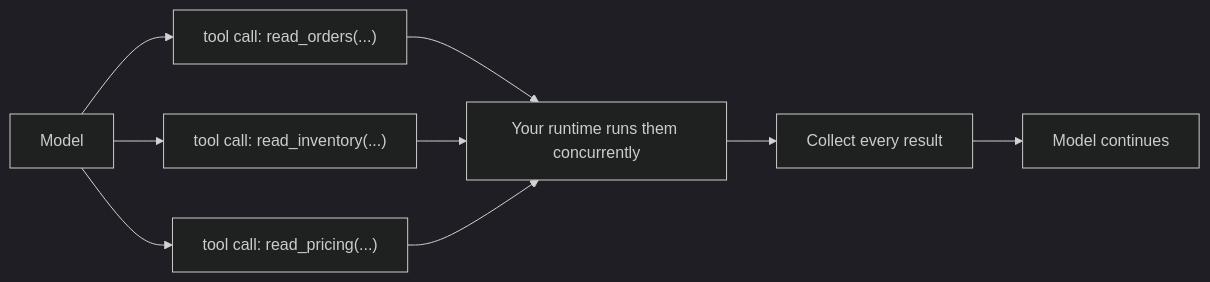
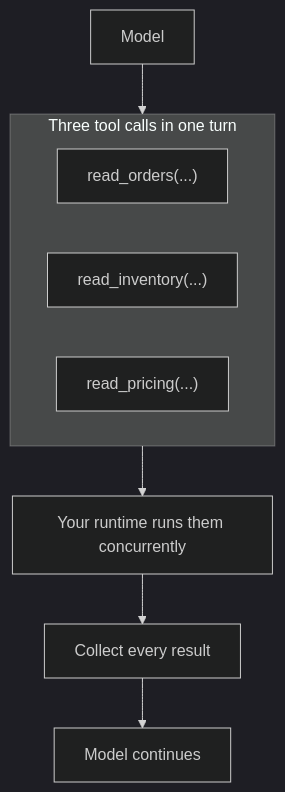
The first of 2 diagrams in docs/part-2-agents/tool-use/deep-dive.md (NikolaiSachok/ai-engineering-handbook), drawn with Mermaid (dark theme) before and after one commit. The commit also changed other lines of this file and 75 other files, not shown here.

First line of the commit message:
fix(diagrams): re-author wide diagrams, and measure the three locales the gate never saw (#441)

````diff
--- a/docs/part-2-agents/tool-use/deep-dive.md
+++ b/docs/part-2-agents/tool-use/deep-dive.md
@@ -35,11 +35,13 @@
 ```mermaid
-flowchart LR
-    M["Model"] --> TC1["tool call: read_orders(...)"]
-    M --> TC2["tool call: read_inventory(...)"]
-    M --> TC3["tool call: read_pricing(...)"]
-    TC1 --> R["Your runtime runs them concurrently"]
-    TC2 --> R
-    TC3 --> R
+flowchart TB
+    M["Model"] --> Calls
+    subgraph Calls["Three tool calls in one turn"]
+        direction LR
+        TC1["read_orders(...)"]
+        TC2["read_inventory(...)"]
+        TC3["read_pricing(...)"]
+    end
+    Calls --> R["Your runtime runs them concurrently"]
     R --> C["Collect every result"]
     C --> M2["Model continues"]
 ```
````
